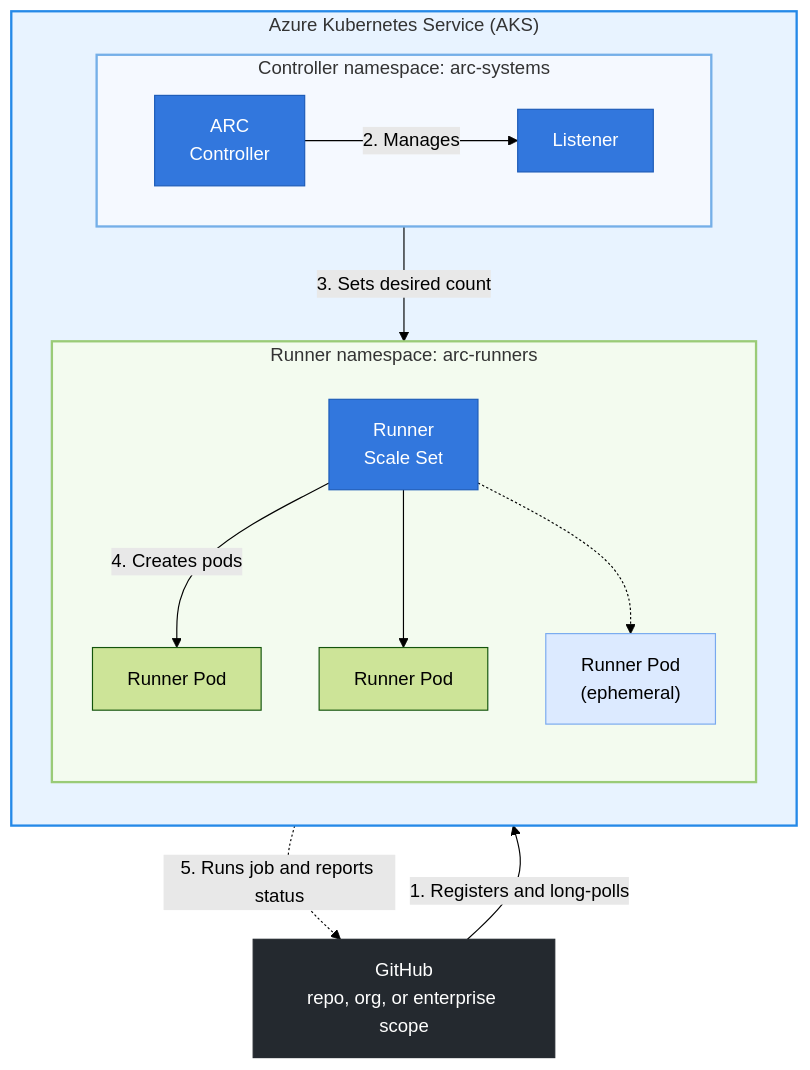
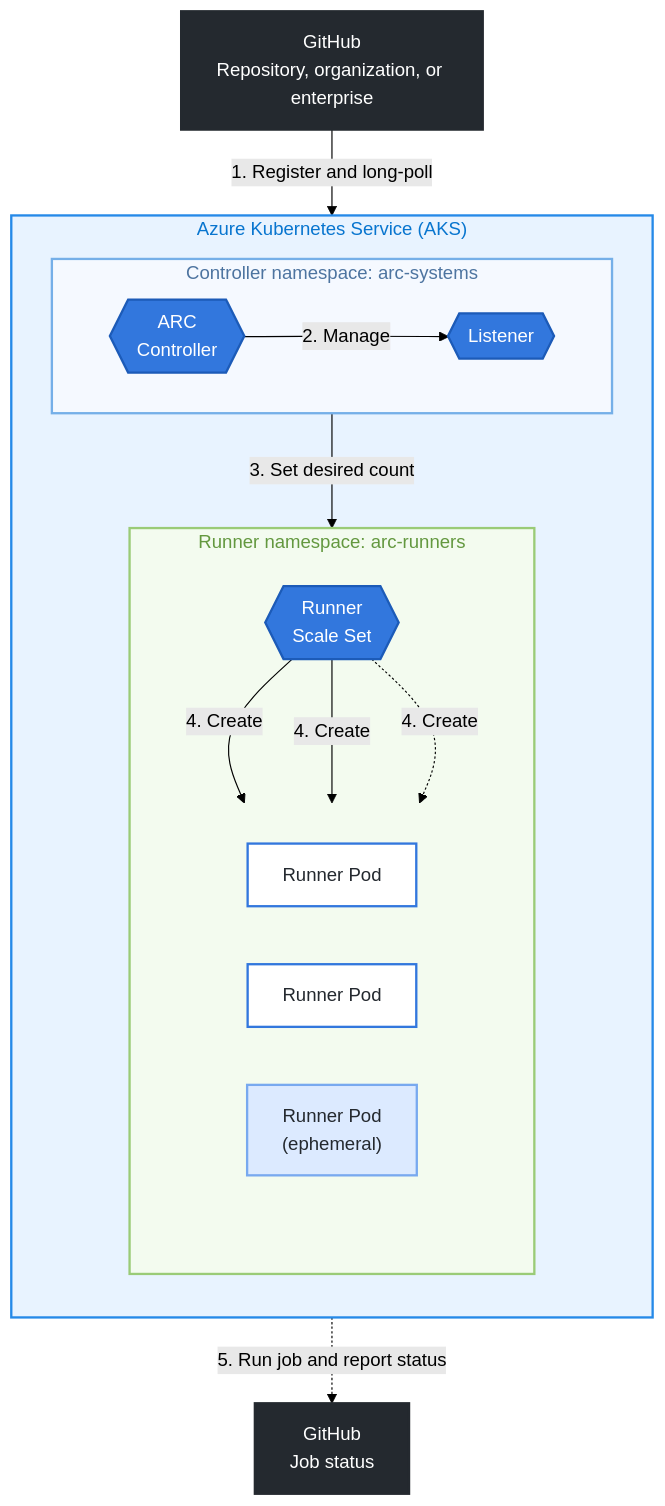
The diagram in README.md (Aparnareddy11/aks-arc-runners), drawn with Mermaid (forest theme) before and after one commit.

````diff
--- a/README.md
+++ b/README.md
@@ -31,41 +31,50 @@
 ```mermaid
 flowchart TB
-  GH["GitHub<br/>repo, org, or enterprise scope"]
+  GH["GitHub<br/>Repository, organization, or enterprise"]
 
   subgraph AKS["Azure Kubernetes Service (AKS)"]
     direction TB
 
     subgraph SYSTEMS["Controller namespace: arc-systems"]
       direction LR
-      CONTROLLER["ARC<br/>Controller"]
-      LISTENER["Listener"]
-      CONTROLLER -->|"2. Manages"| LISTENER
+      CONTROLLER{{"ARC<br/>Controller"}}
+      LISTENER{{"Listener"}}
     end
 
     subgraph RUNNERS["Runner namespace: arc-runners"]
       direction TB
-      SCALESET["Runner<br/>Scale Set"]
-      RUNNER1["Runner Pod"]
-      RUNNER2["Runner Pod"]
-      RUNNER3["Runner Pod<br/>(ephemeral)"]
+      SCALESET{{"Runner<br/>Scale Set"}}
 
-      SCALESET -->|"4. Creates pods"| RUNNER1
-      SCALESET --> RUNNER2
-      SCALESET -.-> RUNNER3
+      subgraph PODS[" "]
+        direction LR
+        RUNNER1["Runner Pod"]
+        RUNNER2["Runner Pod"]
+        RUNNER3["Runner Pod<br/>(ephemeral)"]
+      end
     end
-
-    LISTENER -->|"3. Sets desired count"| SCALESET
   end
 
-  GH -->|"1. Registers and long-polls"| LISTENER
-  RUNNER3 -.->|"5. Runs job and reports status"| GH
+  CONTROLLER -->|"2. Manage"| LISTENER
+  SCALESET -->|"4. Create"| RUNNER1
+  SCALESET -->|"4. Create"| RUNNER2
+  SCALESET -.->|"4. Create"| RUNNER3
 
-  style GH fill:#24292f,stroke:#24292f,color:#ffffff
-  style AKS fill:#e8f3ff,stroke:#2589e8,stroke-width:2px
-  style SYSTEMS fill:#f5f9ff,stroke:#75afe8,stroke-width:2px
-  style RUNNERS fill:#f3fbef,stroke:#9acb77,stroke-width:2px
-  style CONTROLLER fill:#3277dd,stroke:#1c5bb8,color:#ffffff
-  style LISTENER fill:#3277dd,stroke:#1c5bb8,color:#ffffff
-  style SCALESET fill:#3277dd,stroke:#1c5bb8,color:#ffffff
-  style RUNNER3 fill:#dceaff,stroke:#78a9ef
+  GH -->|"1. Register and long-poll"| SYSTEMS
+  SYSTEMS -->|"3. Set desired count"| RUNNERS
+  RUNNERS -.->|"5. Run job and report status"| STATUS["GitHub<br/>Job status"]
+
+  classDef control fill:#3277dd,stroke:#1c5bb8,stroke-width:2px,color:#ffffff
+  classDef runner fill:#ffffff,stroke:#3277dd,stroke-width:2px,color:#24292f
+  classDef ephemeral fill:#dceaff,stroke:#78a9ef,stroke-width:2px,color:#24292f
+
+  class CONTROLLER,LISTENER,SCALESET control
+  class RUNNER1,RUNNER2 runner
+  class RUNNER3 ephemeral
+
+  style GH fill:#24292f,stroke:#24292f,stroke-width:2px,color:#ffffff
+  style STATUS fill:#24292f,stroke:#24292f,stroke-width:2px,color:#ffffff
+  style AKS fill:#e8f3ff,stroke:#2589e8,stroke-width:2px,color:#0875cf
+  style SYSTEMS fill:#f5f9ff,stroke:#75afe8,stroke-width:2px,color:#4d74a0
+  style RUNNERS fill:#f3fbef,stroke:#9acb77,stroke-width:2px,color:#63983f
+  style PODS fill:transparent,stroke:transparent
 ```
````
